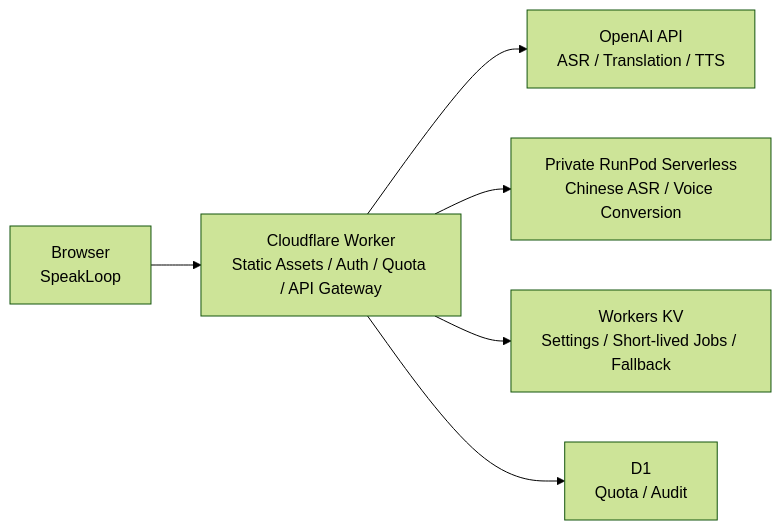
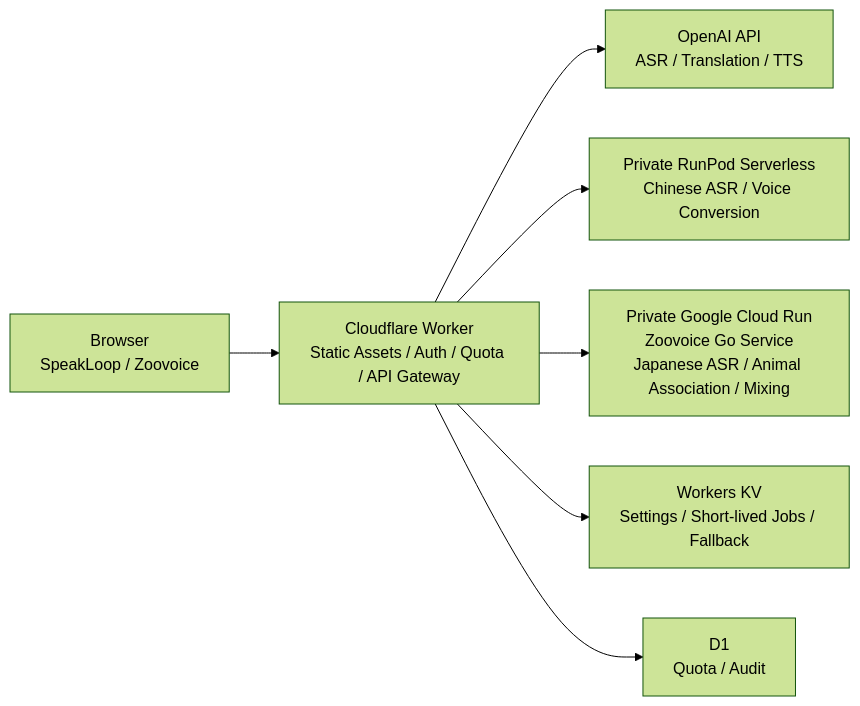
Before and after one commit to inakaegg/voice-lab: the diagram in README.md, drawn with Mermaid (forest theme). The commit also changed other lines of this file and 4 other files, not shown here.

Commit message:
docs: Voice Lab全体像へZoovoiceとCloud Runを反映 / Sync docs with Zoovoice and Cloud Run

````diff
--- a/README.md
+++ b/README.md
@@ -44,8 +58,9 @@
 ```mermaid
 flowchart LR
-    Browser[Browser\nSpeakLoop] --> Worker[Cloudflare Worker\nStatic Assets / Auth / Quota / API Gateway]
+    Browser[Browser\nSpeakLoop / Zoovoice] --> Worker[Cloudflare Worker\nStatic Assets / Auth / Quota / API Gateway]
     Worker --> OpenAI[OpenAI API\nASR / Translation / TTS]
     Worker --> RunPod[Private RunPod Serverless\nChinese ASR / Voice Conversion]
+    Worker --> CloudRun[Private Google Cloud Run\nZoovoice Go Service\nJapanese ASR / Animal Association / Mixing]
     Worker --> KV[Workers KV\nSettings / Short-lived Jobs / Fallback]
     Worker --> D1[D1\nQuota / Audit]
 ```
````
